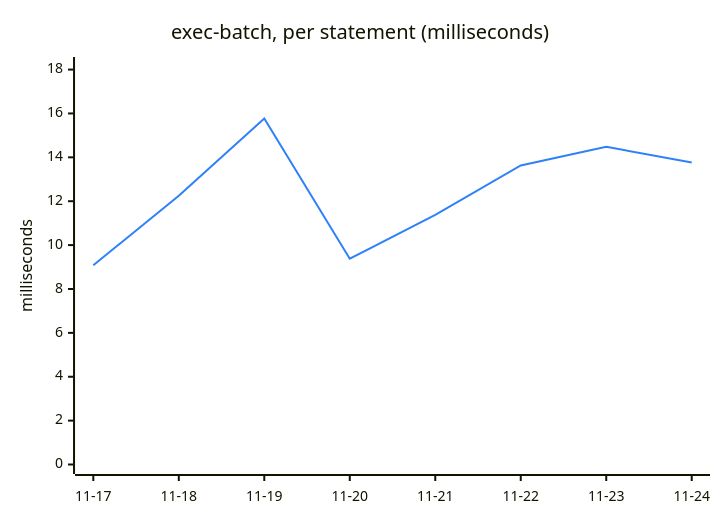
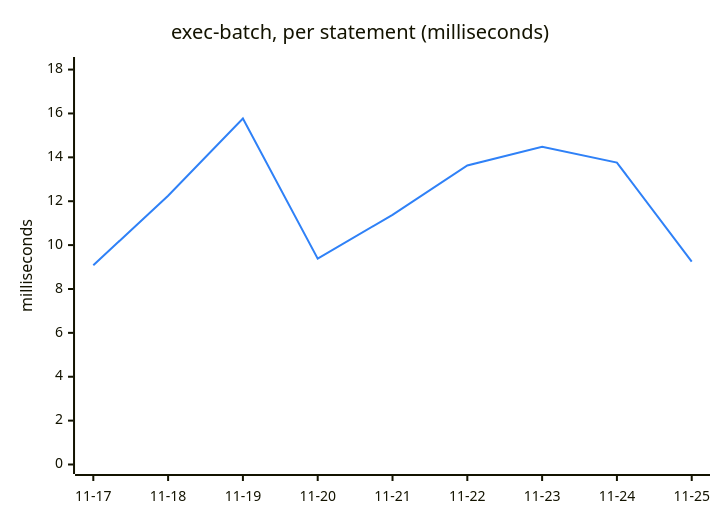
The fifth of 6 diagrams in TREND.md (Ricovl/mxcli), drawn with Mermaid before and after one commit. The commit also changed other lines of this file and 2 other files, not shown here.

````diff
--- a/TREND.md
+++ b/TREND.md
@@ -111,13 +111,13 @@
 ```mermaid
 ---
 config:
   themeVariables:
     xyChart:
       plotColorPalette: "#2f81f7"
 ---
 xychart-beta
     title "exec-batch, per statement (milliseconds)"
-    x-axis ["11-17", "11-18", "11-19", "11-20", "11-21", "11-22", "11-23", "11-24"]
+    x-axis ["11-17", "11-18", "11-19", "11-20", "11-21", "11-22", "11-23", "11-24", "11-25"]
     y-axis "milliseconds" 0 --> 18.14
-    line [9.08, 12.25, 15.77, 9.38, 11.38, 13.63, 14.48, 13.76]
+    line [9.08, 12.25, 15.77, 9.38, 11.38, 13.63, 14.48, 13.76, 9.25]
 ```
````
